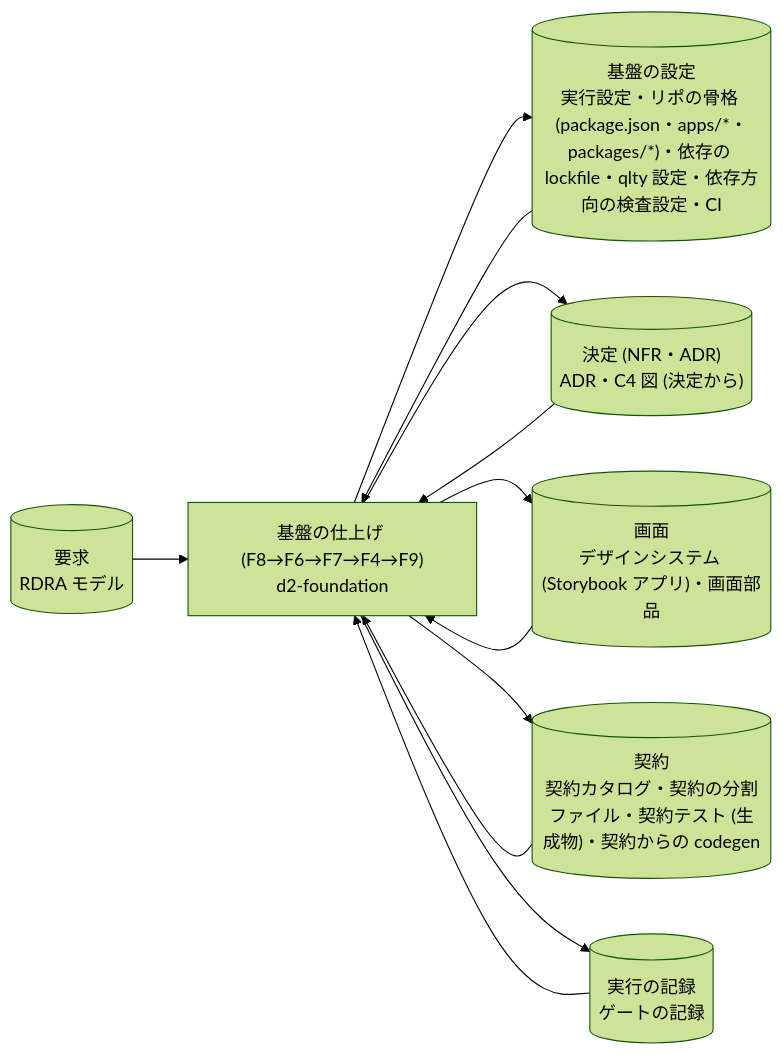
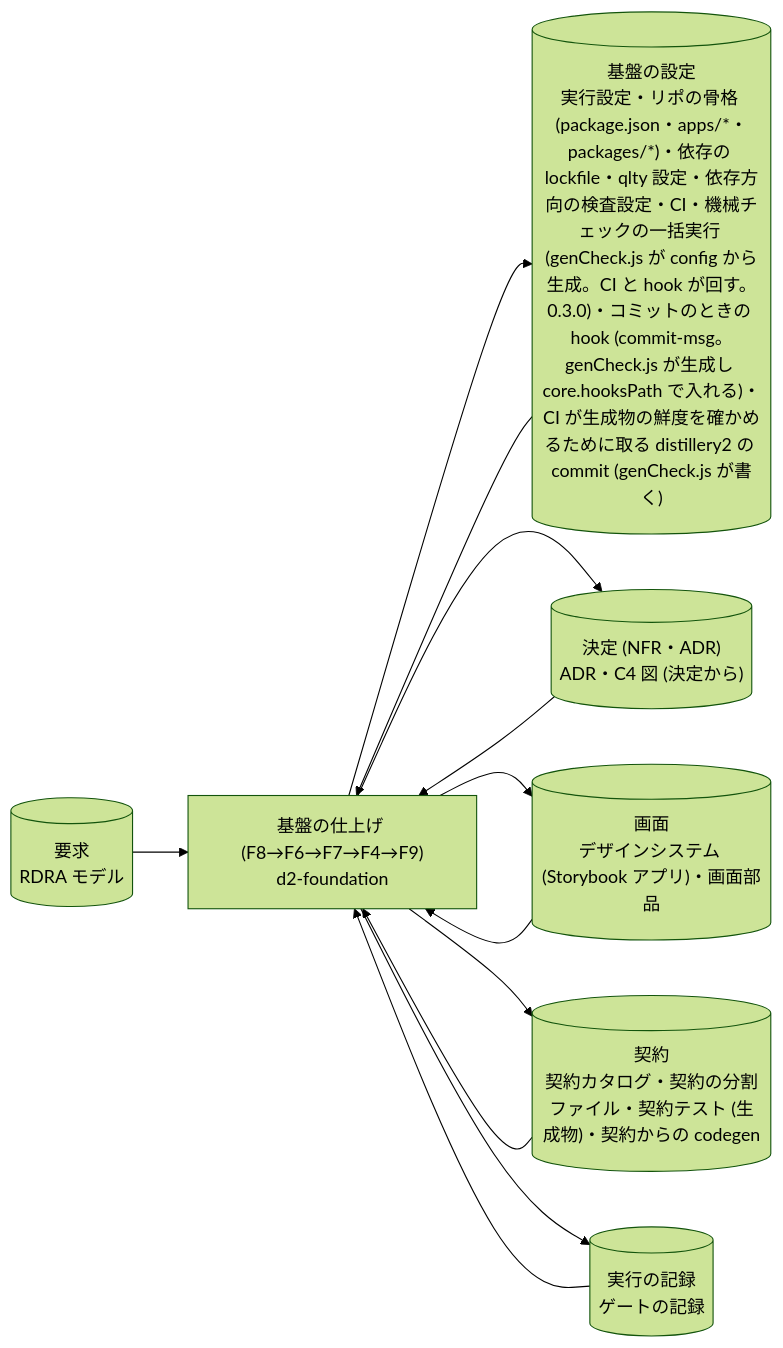
Diagram 15 of 53 in plugins/distillery2/skills/d2-common/references/dataflow.md (suwa-sh/suwa-sh-claude-plugins), drawn with Mermaid (forest theme) before and after one commit. The commit also changed other lines of this file and 35 other files, not shown here.

````diff
--- a/plugins/distillery2/skills/d2-common/references/dataflow.md
+++ b/plugins/distillery2/skills/d2-common/references/dataflow.md
@@ -416,21 +416,21 @@
 ```mermaid
 flowchart LR
   p_foundation_finish["基盤の仕上げ (F8→F6→F7→F4→F9)<br/>d2-foundation"]
   g_decisions[("決定 (NFR・ADR)<br/>ADR・C4 図 (決定から)")]
   g_contracts[("契約<br/>契約カタログ・契約の分割ファイル・契約テスト (生成物)・契約からの codegen")]
   g_requirements[("要求<br/>RDRA モデル")]
-  g_settings[("基盤の設定<br/>実行設定・リポの骨格 (package.json・apps/*・packages/*)・依存の lockfile・qlty 設定・依存方向の検査設定・CI")]
+  g_settings[("基盤の設定<br/>実行設定・リポの骨格 (package.json・apps/*・packages/*)・依存の lockfile・qlty 設定・依存方向の検査設定・CI・機械チェックの一括実行 (genCheck.js が config から生成。CI と hook が回す。0.3.0)・コミットのときの hook (commit-msg。genCheck.js が生成し core.hooksPath で入れる)・CI が生成物の鮮度を確かめるために取る distillery2 の commit (genCheck.js が書く)")]
   g_design[("画面<br/>デザインシステム (Storybook アプリ)・画面部品")]
   g_run[("実行の記録<br/>ゲートの記録")]
   g_decisions --> p_foundation_finish
   g_contracts --> p_foundation_finish
   g_requirements --> p_foundation_finish
   g_settings --> p_foundation_finish
   g_design --> p_foundation_finish
   g_run --> p_foundation_finish
   p_foundation_finish --> g_settings
   p_foundation_finish --> g_decisions
   p_foundation_finish --> g_design
   p_foundation_finish --> g_contracts
   p_foundation_finish --> g_run
 ```
````
